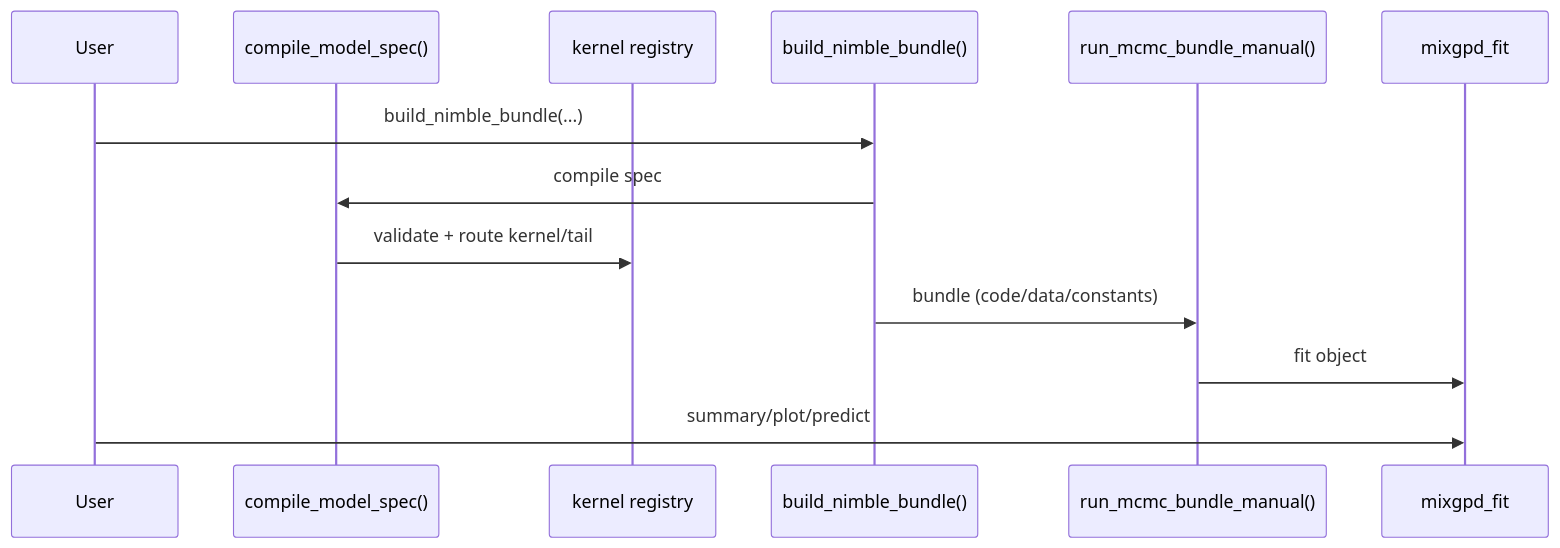
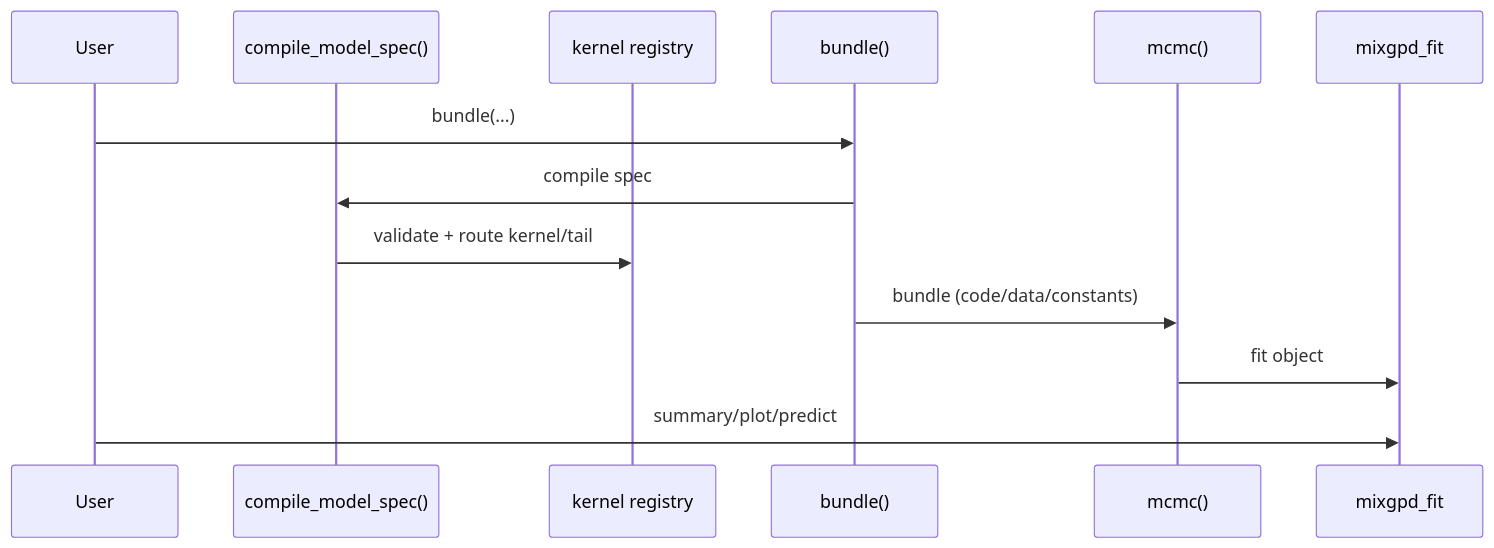
Before and after one commit to arnabaich96/CausalMixGPD: the first of 2 diagrams in website/developers/architecture.qmd, drawn with Mermaid. The commit also changed other lines of this file and 442 other files, not shown here.

````diff
--- a/website/developers/architecture.qmd
+++ b/website/developers/architecture.qmd
@@ -22,15 +22,15 @@
 ```mermaid
 sequenceDiagram
   participant U as User
   participant S as compile_model_spec()
   participant R as kernel registry
-  participant B as build_nimble_bundle()
-  participant M as run_mcmc_bundle_manual()
+  participant B as bundle()
+  participant M as mcmc()
   participant F as mixgpd_fit
-  U->>B: build_nimble_bundle(...)
+  U->>B: bundle(...)
   B->>S: compile spec
   S->>R: validate + route kernel/tail
   B->>M: bundle (code/data/constants)
   M->>F: fit object
   U->>F: summary/plot/predict
 ```
````
